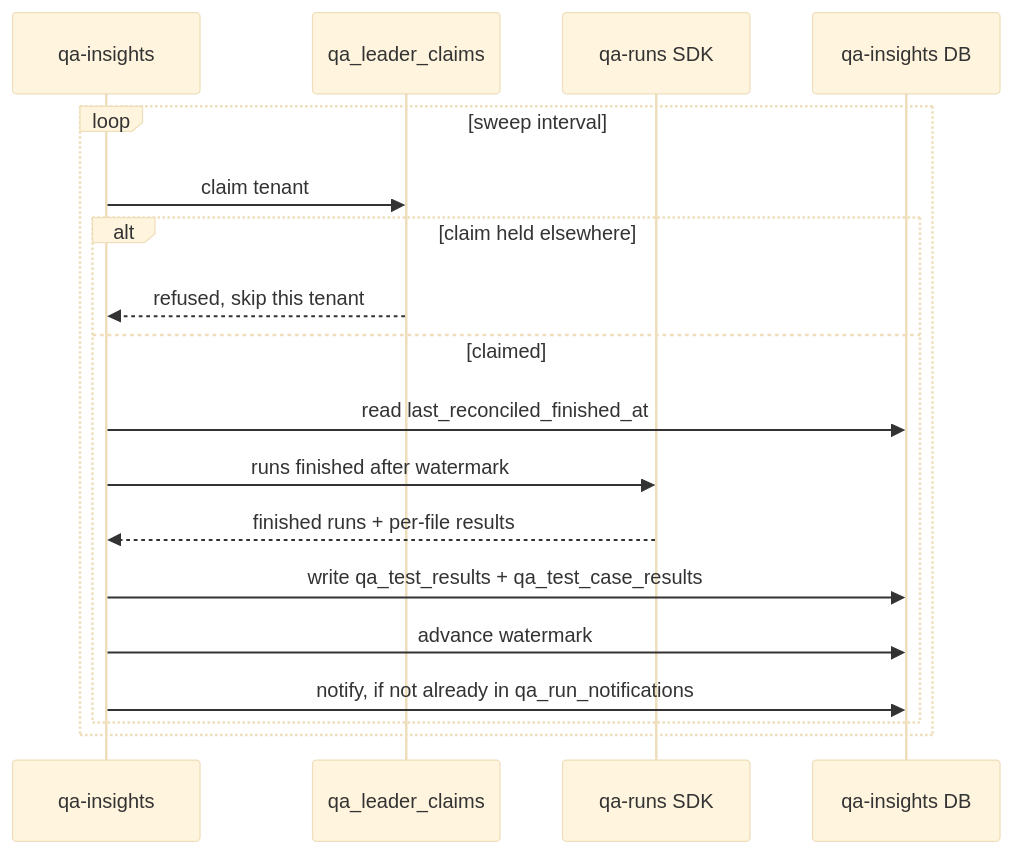
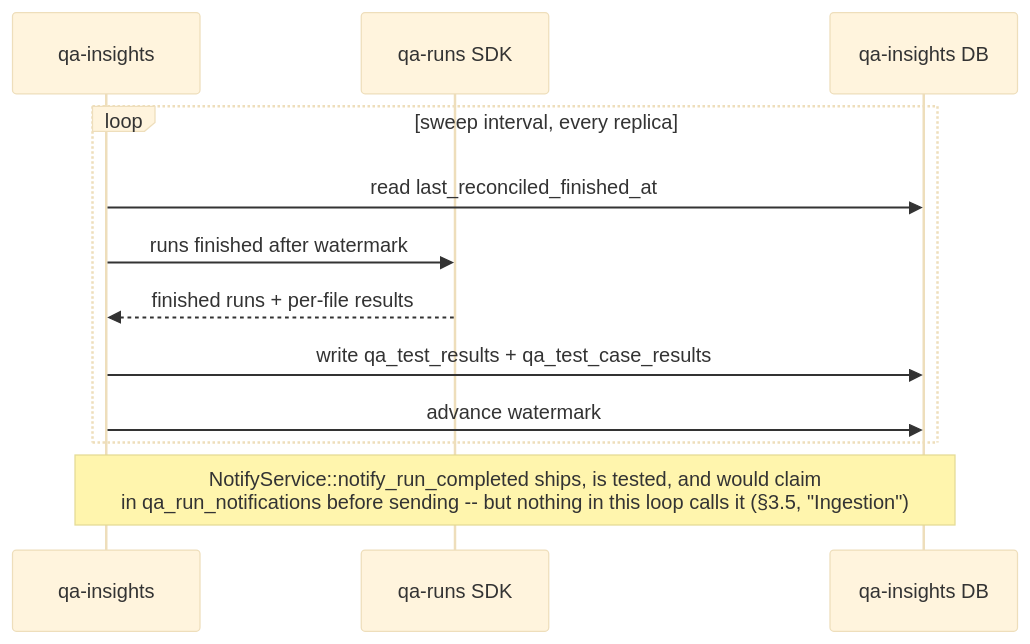
One commit to mo3g89/gears-rust changed the fourth of 5 diagrams in gears/qa-platform/docs/DESIGN.md. Above: the diagram before and after it, drawn with Mermaid (base theme). The commit also changed other lines of this file and 364 other files, not shown here.

First line of the commit message:
fix(qa-platform): resolve the architecture review's findings

````diff
--- a/gears/qa-platform/docs/DESIGN.md
+++ b/gears/qa-platform/docs/DESIGN.md
@@ -1039,21 +1109,15 @@
 ```mermaid
 sequenceDiagram
     participant INS as qa-insights
-    participant LC as qa_leader_claims
     participant RUNS as qa-runs SDK
     participant DB as qa-insights DB
 
-    loop sweep interval
-        INS->>LC: claim tenant
-        alt claim held elsewhere
-            LC-->>INS: refused, skip this tenant
-        else claimed
-            INS->>DB: read last_reconciled_finished_at
-            INS->>RUNS: runs finished after watermark
-            RUNS-->>INS: finished runs + per-file results
-            INS->>DB: write qa_test_results + qa_test_case_results
-            INS->>DB: advance watermark
-            INS->>DB: notify, if not already in qa_run_notifications
-        end
+    loop sweep interval, every replica
+        INS->>DB: read last_reconciled_finished_at
+        INS->>RUNS: runs finished after watermark
+        RUNS-->>INS: finished runs + per-file results
+        INS->>DB: write qa_test_results + qa_test_case_results
+        INS->>DB: advance watermark
     end
+    Note over INS,DB: NotifyService::notify_run_completed ships, is tested, and would claim<br/>in qa_run_notifications before sending -- but nothing in this loop calls it (§3.5, "Ingestion")
 ```
````
